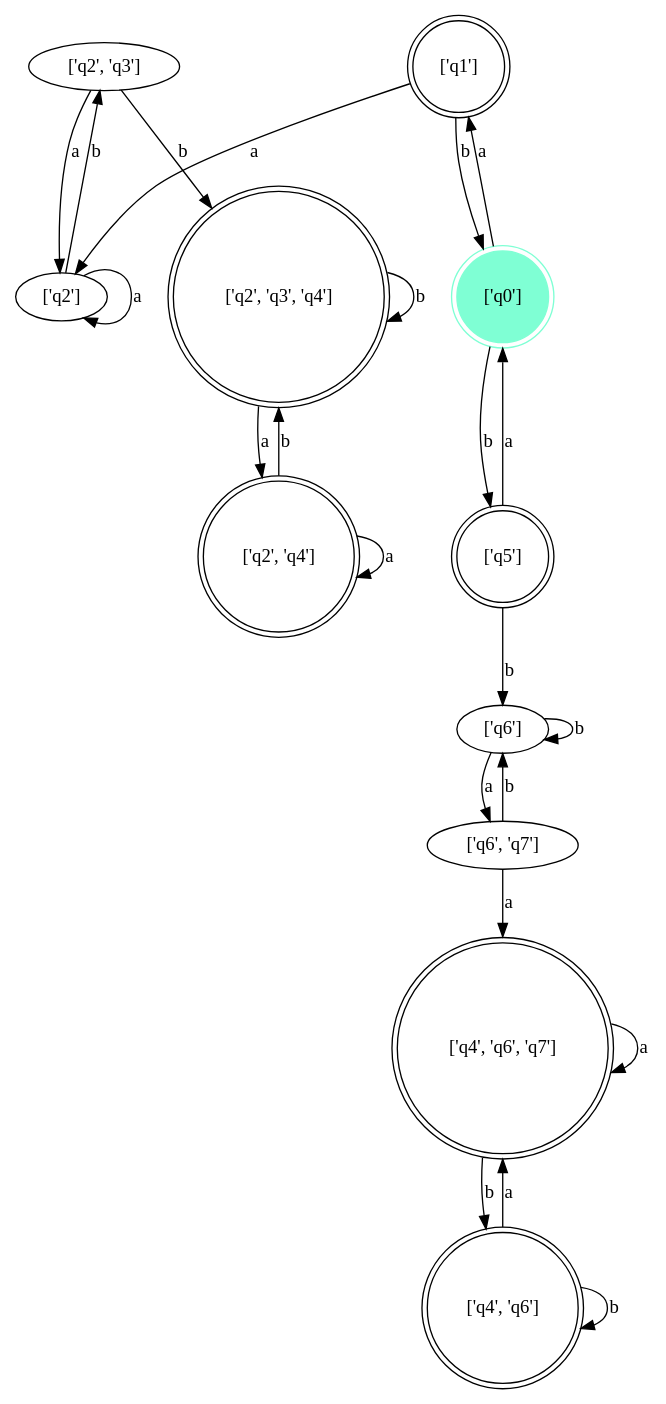
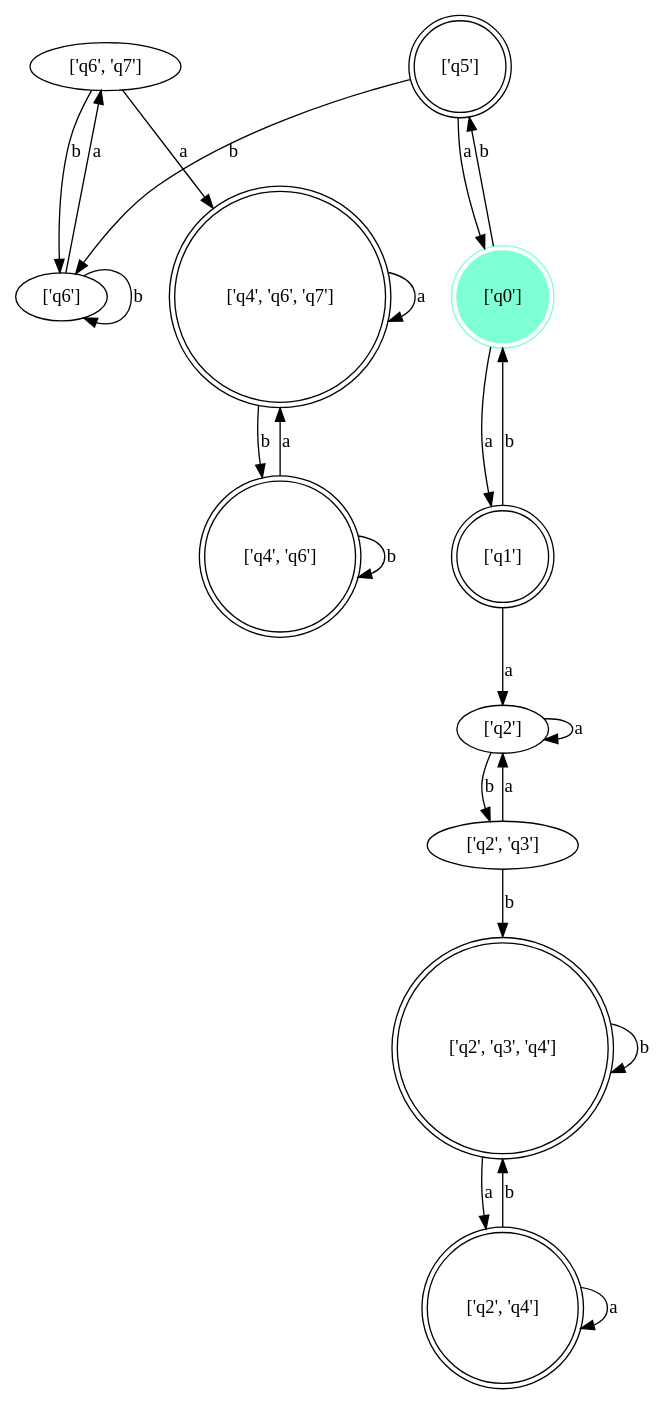
The diagram in input/28/dfa_converted.gv (nascarsayan/nfa2dfa), drawn with Graphviz before and after one commit. The commit also changed other lines of this file and 27 other files, not shown here.

```diff
--- a/input/28/dfa_converted.gv
+++ b/input/28/dfa_converted.gv
@@ -1,39 +1,39 @@
 // FSM
 digraph {
+	"['q6', 'q7']"
+	"['q2']"
 	"['q2', 'q3']"
-	"['q6', 'q7']"
 	"['q6']"
-	"['q2']"
 	node [shape=doublecircle]
 	"['q4', 'q6']"
+	"['q1']"
+	"['q4', 'q6', 'q7']"
 	"['q2', 'q3', 'q4']"
-	"['q1']"
 	"['q2', 'q4']"
-	"['q4', 'q6', 'q7']"
 	"['q5']"
 	node [color=aquamarine shape=doublecircle style=filled]
 	"['q0']"
 	node [shape=circle]
 	"['q0']" -> "['q1']" [label=a]
 	"['q0']" -> "['q5']" [label=b]
 	"['q1']" -> "['q2']" [label=a]
 	"['q1']" -> "['q0']" [label=b]
 	"['q5']" -> "['q0']" [label=a]
 	"['q5']" -> "['q6']" [label=b]
 	"['q2']" -> "['q2']" [label=a]
 	"['q2']" -> "['q2', 'q3']" [label=b]
 	"['q6']" -> "['q6', 'q7']" [label=a]
 	"['q6']" -> "['q6']" [label=b]
 	"['q2', 'q3']" -> "['q2']" [label=a]
 	"['q2', 'q3']" -> "['q2', 'q3', 'q4']" [label=b]
 	"['q6', 'q7']" -> "['q4', 'q6', 'q7']" [label=a]
 	"['q6', 'q7']" -> "['q6']" [label=b]
 	"['q2', 'q3', 'q4']" -> "['q2', 'q4']" [label=a]
 	"['q2', 'q3', 'q4']" -> "['q2', 'q3', 'q4']" [label=b]
 	"['q4', 'q6', 'q7']" -> "['q4', 'q6', 'q7']" [label=a]
 	"['q4', 'q6', 'q7']" -> "['q4', 'q6']" [label=b]
 	"['q2', 'q4']" -> "['q2', 'q4']" [label=a]
 	"['q2', 'q4']" -> "['q2', 'q3', 'q4']" [label=b]
 	"['q4', 'q6']" -> "['q4', 'q6', 'q7']" [label=a]
 	"['q4', 'q6']" -> "['q4', 'q6']" [label=b]
 }
```
